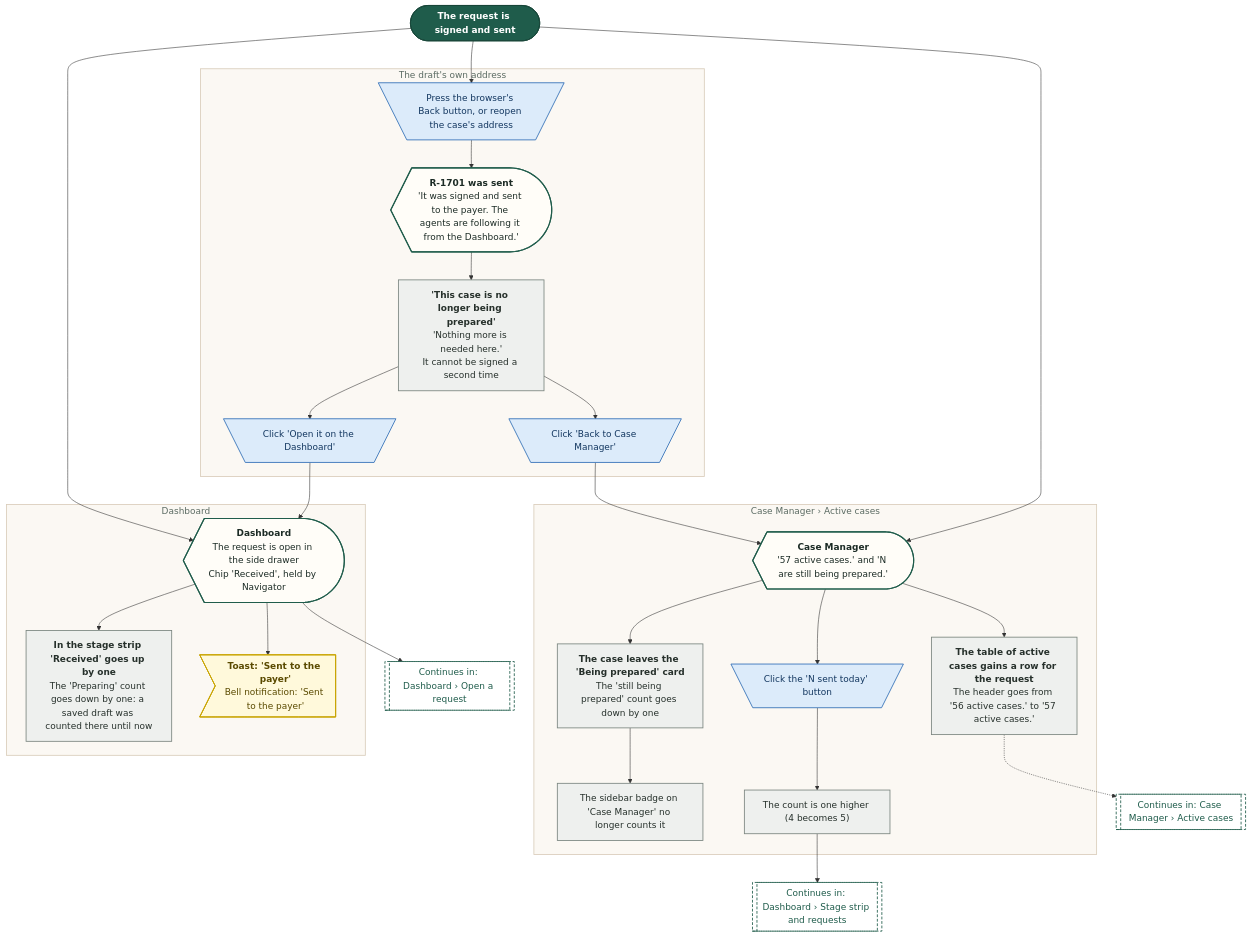
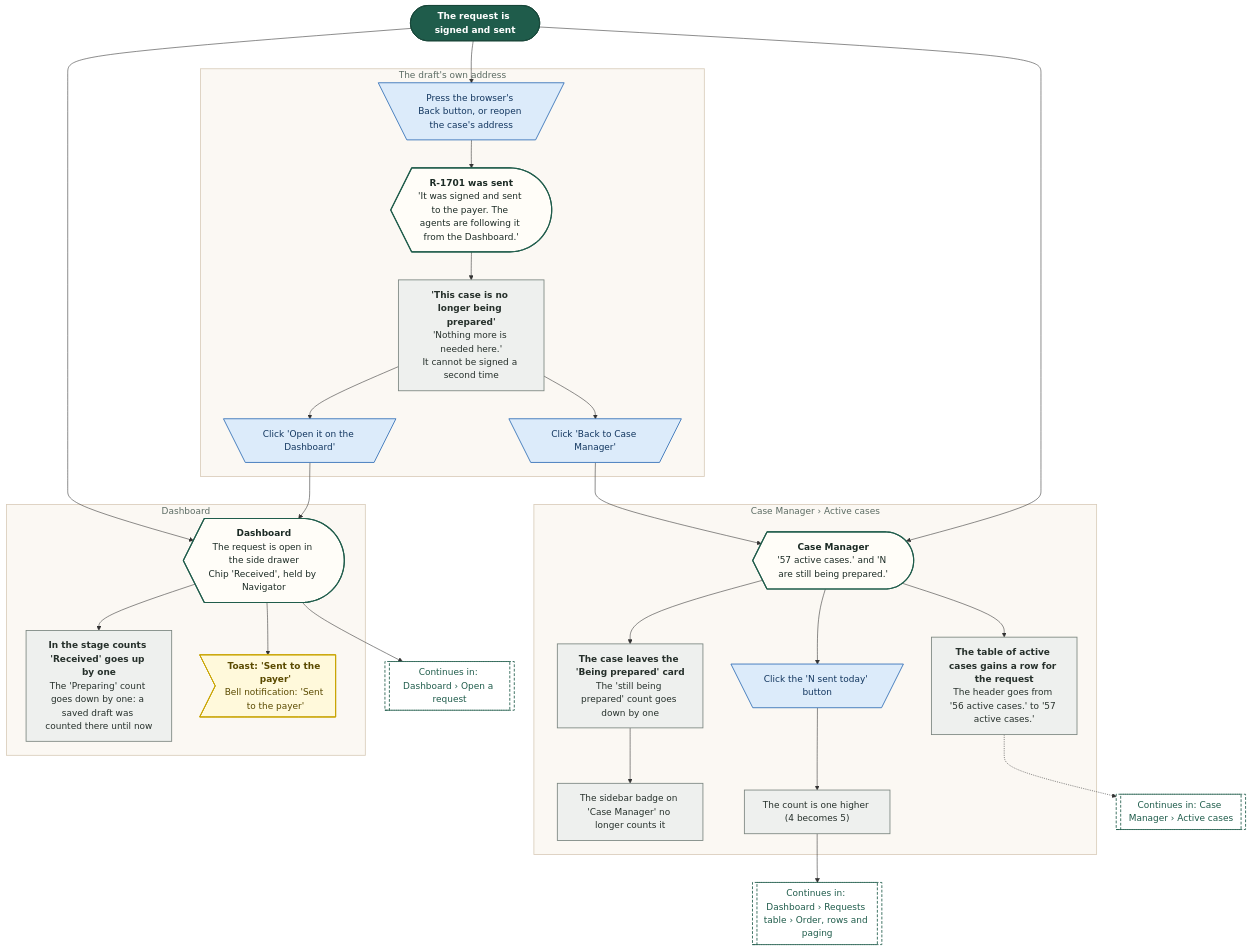
One commit to Shrav143/psyfloapp changed the diagram in demos/prior-auth-demo/workflows/out/mmd/04-new-case/42-review-after-sending.mmd. Above: the diagram before and after it, drawn with Mermaid. The commit also changed 192 other files, not shown here.

First line of the commit message:
docs: changelog by sidebar tab; README, diagrams and Settings layout aligned with the refinement; shared InfoTip; referral cost-share line

```diff
--- a/demos/prior-auth-demo/workflows/out/mmd/04-new-case/42-review-after-sending.mmd
+++ b/demos/prior-auth-demo/workflows/out/mmd/04-new-case/42-review-after-sending.mmd
@@ -1,61 +1,61 @@
 %%{init: {"theme":"base","themeVariables":{"fontFamily":"'DM Sans', 'Segoe UI', system-ui, sans-serif","fontSize":"15px","lineColor":"#5B6B63","primaryTextColor":"#1C2B25","clusterBkg":"#FBF8F3","clusterBorder":"#D9CDBB","edgeLabelBackground":"#FFFFFF"},"flowchart":{"curve":"basis","nodeSpacing":36,"rankSpacing":48,"padding":12,"htmlLabels":true,"useMaxWidth":false,"wrappingWidth":230}} }%%
 flowchart TD
   classDef k_start fill:#1F5C4B,stroke:#174638,color:#FFFFFF,stroke-width:1.5px,font-weight:600
   classDef k_end fill:#DDEFE3,stroke:#2E7D4F,color:#14502F,stroke-width:1.5px,font-weight:600
   classDef k_endx fill:#FBE3E0,stroke:#C0392B,color:#7A1F16,stroke-width:1.5px,font-weight:600
   classDef k_screen fill:#FFFDF8,stroke:#1F5C4B,color:#1C2B25,stroke-width:2px
   classDef k_overlay fill:#F1F7F3,stroke:#1F5C4B,color:#1C2B25,stroke-width:2px,stroke-dasharray:5 3
   classDef k_click fill:#DCEBFA,stroke:#2F6DB5,color:#12365F,stroke-width:1.5px
   classDef k_input fill:#E4E7FF,stroke:#4C5FD5,color:#1D2670,stroke-width:1.5px
   classDef k_process fill:#EEF0EE,stroke:#7A857F,color:#26302B,stroke-width:1.5px
   classDef k_agent fill:#EEE5FA,stroke:#7A4FC2,color:#341A63,stroke-width:1.5px
   classDef k_decision fill:#FFF0CC,stroke:#D9962B,color:#5C3B00,stroke-width:1.5px
   classDef k_store fill:#D5F0EA,stroke:#1C8E7B,color:#0B4A3F,stroke-width:1.5px
   classDef k_doc fill:#F6E9DC,stroke:#B07A4C,color:#4A2E14,stroke-width:1.5px
   classDef k_ext fill:#FFE6D2,stroke:#E07B39,color:#6B2F06,stroke-width:1.5px
   classDef k_wait fill:#E4E8EE,stroke:#6B7C93,color:#26303D,stroke-width:1.5px
   classDef k_toast fill:#FFF9DB,stroke:#C9A400,color:#5A4A00,stroke-width:1.5px
   classDef k_goto fill:#FFFFFF,stroke:#1F5C4B,color:#1F5C4B,stroke-width:1.5px,stroke-dasharray:5 3
   s1@{ shape: stadium, label: "The request is signed and sent" }
   subgraph gDash ["Dashboard"]
   sDash@{ shape: curv-trap, label: "<b>Dashboard</b><br/>The request is open in the side drawer<br/>Chip 'Received', held by Navigator" }
-  pCount@{ shape: rect, label: "<b>In the stage strip 'Received' goes up by one</b><br/>The 'Preparing' count goes down by one: a saved draft was counted there until now" }
+  pCount@{ shape: rect, label: "<b>In the stage counts 'Received' goes up by one</b><br/>The 'Preparing' count goes down by one: a saved draft was counted there until now" }
   tToast@{ shape: odd, label: "<b>Toast: 'Sent to the payer'</b><br/>Bell notification: 'Sent to the payer'" }
   end
   gOpen@{ shape: subproc, label: "Continues in: Dashboard › Open a request" }
   subgraph gWas ["The draft's own address"]
   cBr@{ shape: trap-t, label: "Press the browser's Back button, or reopen the case's address" }
   sWas@{ shape: curv-trap, label: "<b>R-1701 was sent</b><br/>'It was signed and sent to the payer. The agents are following it from the Dashboard.'" }
   pNoSign@{ shape: rect, label: "<b>'This case is no longer being prepared'</b><br/>'Nothing more is needed here.'<br/>It cannot be signed a second time" }
   cOpenDash@{ shape: trap-t, label: "Click 'Open it on the Dashboard'" }
   cBackCM@{ shape: trap-t, label: "Click 'Back to Case Manager'" }
   end
   subgraph gCM ["Case Manager › Active cases"]
   sCM@{ shape: curv-trap, label: "<b>Case Manager</b><br/>'57 active cases.' and 'N are still being prepared.'" }
   pGone@{ shape: rect, label: "<b>The case leaves the 'Being prepared' card</b><br/>The 'still being prepared' count goes down by one" }
   pBadge@{ shape: rect, label: "The sidebar badge on 'Case Manager' no longer counts it" }
   cSent@{ shape: trap-t, label: "Click the 'N sent today' button" }
   pSentN@{ shape: rect, label: "The count is one higher (4 becomes 5)" }
   pLedger@{ shape: rect, label: "<b>The table of active cases gains a row for the request</b><br/>The header goes from '56 active cases.' to '57 active cases.'" }
   end
-  gDash2@{ shape: subproc, label: "Continues in: Dashboard › Stage strip and requests" }
+  gDash2@{ shape: subproc, label: "Continues in: Dashboard › Requests table › Order, rows and paging" }
   gCM2@{ shape: subproc, label: "Continues in: Case Manager › Active cases" }
   s1 --> sDash --> pCount
   sDash --> tToast
   sDash --> gOpen
   s1 --> cBr --> sWas --> pNoSign
   pNoSign --> cOpenDash --> sDash
   pNoSign --> cBackCM --> sCM
   s1 --> sCM --> pGone --> pBadge
   sCM --> cSent --> pSentN --> gDash2
   sCM --> pLedger
   pLedger -.-> gCM2
   class s1 k_start
   class sDash,sWas,sCM k_screen
   class pCount,pNoSign,pGone,pBadge,pSentN,pLedger k_process
   class tToast k_toast
   class gOpen,gDash2,gCM2 k_goto
   class cBr,cOpenDash,cBackCM,cSent k_click
   style gDash fill:#FBF8F3,stroke:#D9CDBB,stroke-width:1.5px,color:#5B6B63
   style gWas fill:#FBF8F3,stroke:#D9CDBB,stroke-width:1.5px,color:#5B6B63
   style gCM fill:#FBF8F3,stroke:#D9CDBB,stroke-width:1.5px,color:#5B6B63
```
